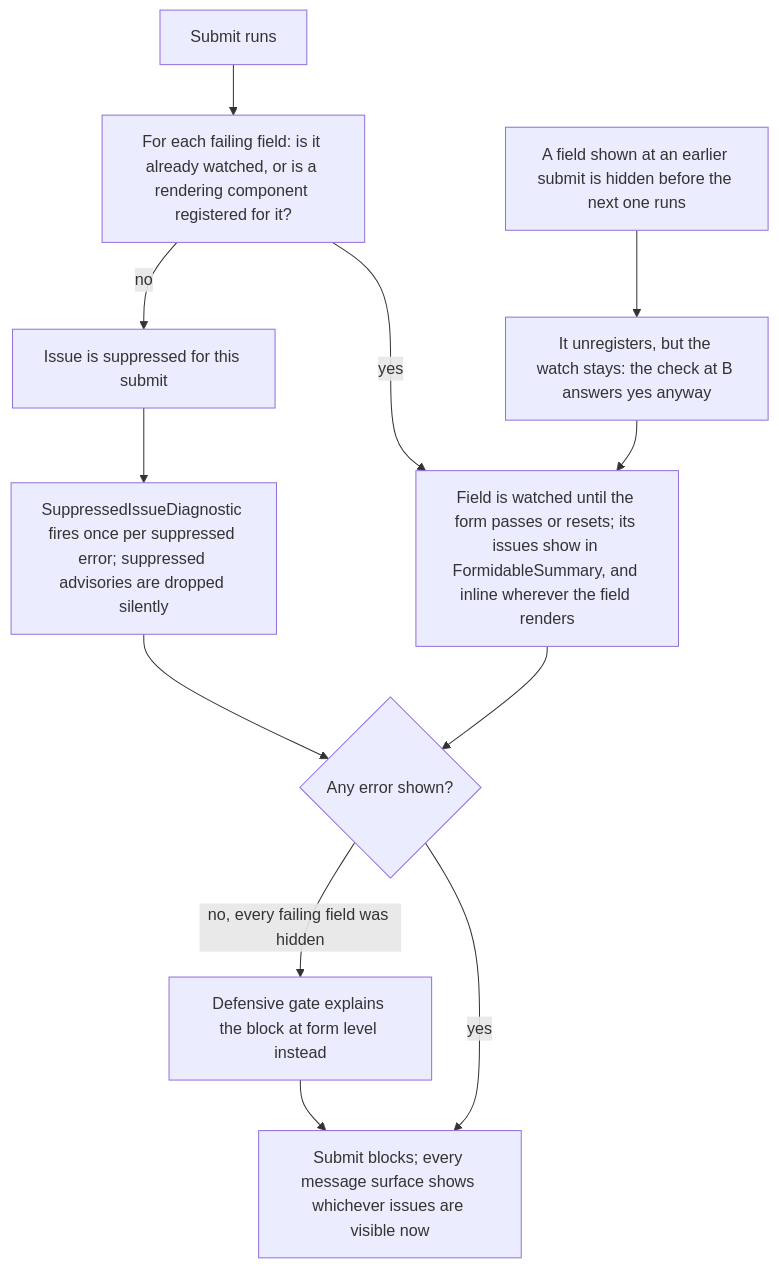
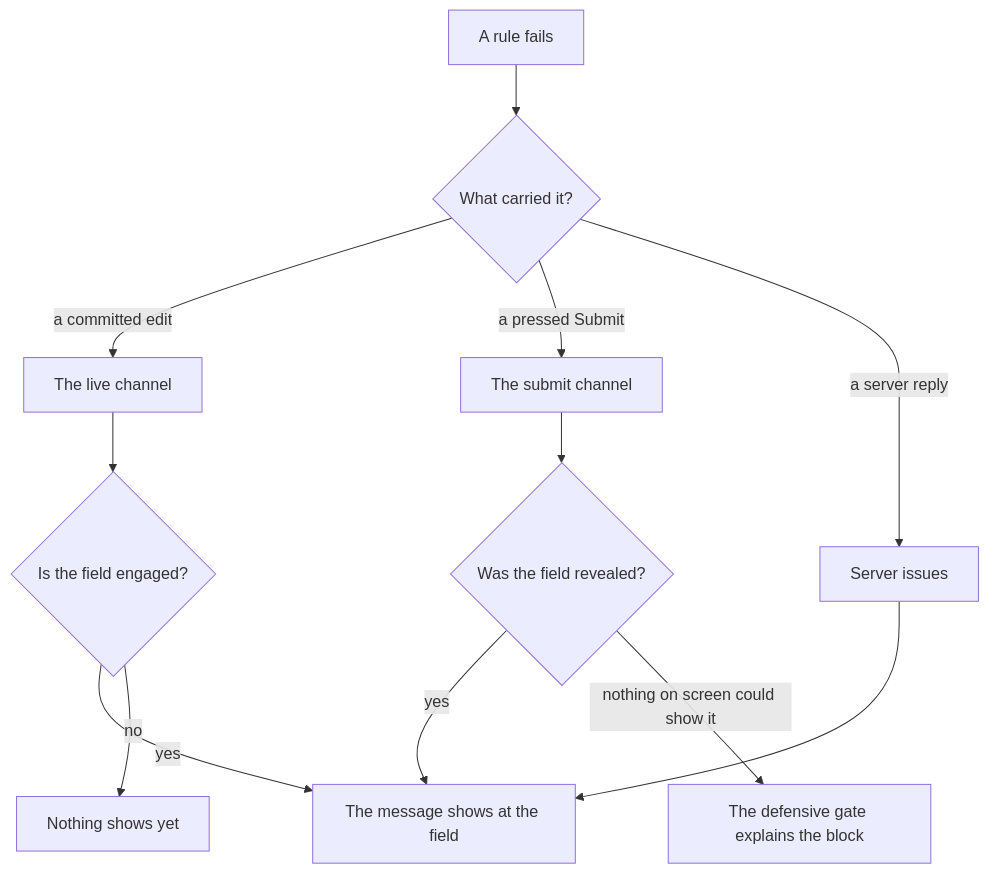
The diagram in docs/disclosure.md (xfunc-pty-ltd/formidable), drawn with Mermaid before and after one commit. The commit also changed other lines of this file and 29 other files, not shown here.

````diff
--- a/docs/disclosure.md
+++ b/docs/disclosure.md
@@ -131,16 +20,14 @@
 ```mermaid
 flowchart TD
-    A["Submit runs"] --> B["For each failing field: is it already watched, or is a rendering component registered for it?"]
-    B -- "yes" --> C["Field is watched until the form passes or resets; its issues show in FormidableSummary, and inline wherever the field renders"]
-    B -- "no" --> D["Issue is suppressed for this submit"]
-    D --> E["SuppressedIssueDiagnostic fires once per suppressed error; suppressed advisories are dropped silently"]
-
-    C --> F{"Any error shown?"}
-    E --> F
-    F -- "yes" --> G["Submit blocks; every message surface shows whichever issues are visible now"]
-    F -- "no, every failing field was hidden" --> H["Defensive gate explains the block at form level instead"]
-    H --> G
-
-    I["A field shown at an earlier submit is hidden before the next one runs"] --> J["It unregisters, but the watch stays: the check at B answers yes anyway"]
-    J --> C
+    A["A rule fails"] --> B{"What carried it?"}
+    B -- "a committed edit" --> L["The live channel"]
+    B -- "a pressed Submit" --> S["The submit channel"]
+    B -- "a server reply" --> V["Server issues"]
+    L --> E{"Is the field engaged?"}
+    E -- "yes" --> SHOW["The message shows at the field"]
+    E -- "no" --> QUIET["Nothing shows yet"]
+    S --> R{"Was the field revealed?"}
+    R -- "yes" --> SHOW
+    R -- "nothing on screen could show it" --> G["The defensive gate explains the block"]
+    V --> SHOW
 ```
````
